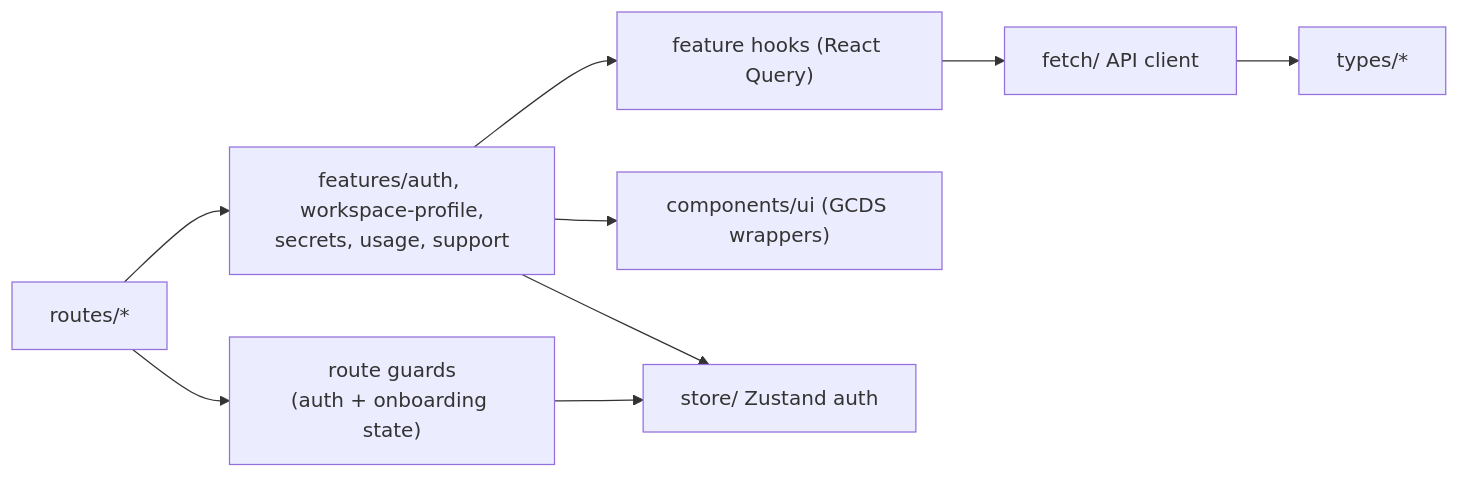
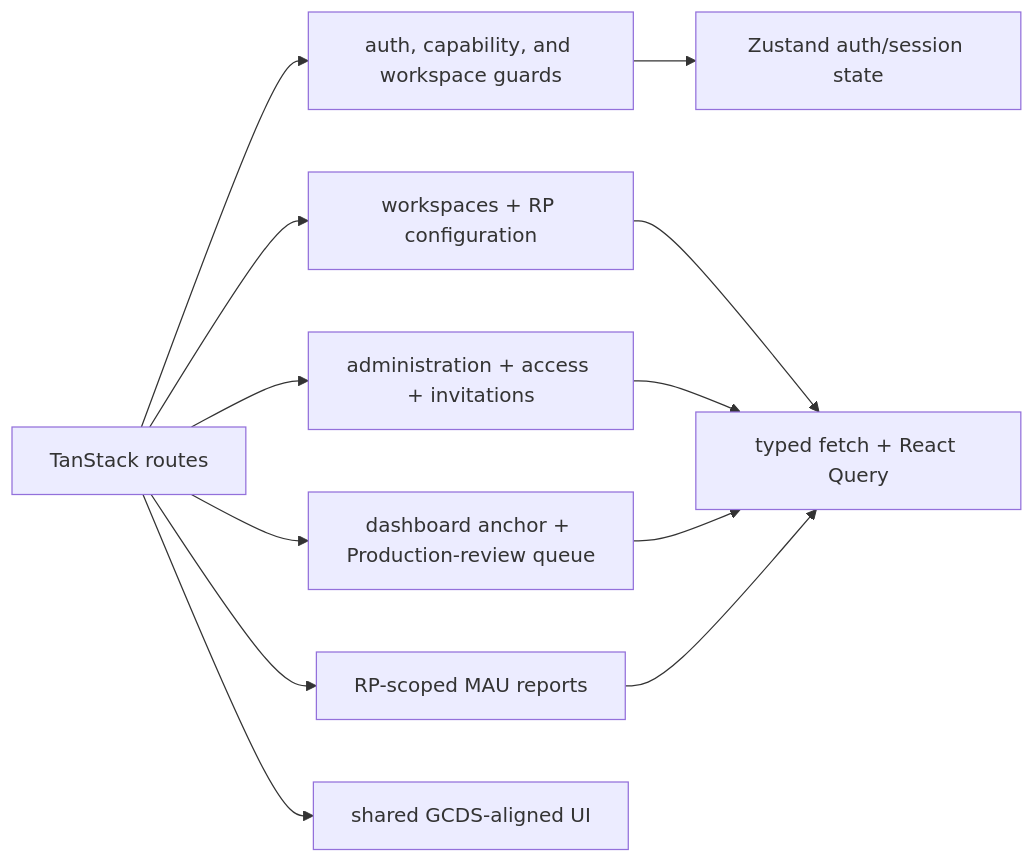
Before and after one commit to cds-snc/canadalogin-partner-portal: the second of 2 diagrams in docs/plans/partner-portal-mvp-dependencies.md, drawn with Mermaid. The commit also changed other lines of this file and 1343 other files, not shown here.

First line of the commit message:
feat(portal): deliver MVP2 onboarding, RP configuration, and invitation workflows (#160)

````diff
--- a/docs/plans/partner-portal-mvp-dependencies.md
+++ b/docs/plans/partner-portal-mvp-dependencies.md
@@ -88,11 +102,14 @@
 ```mermaid
 flowchart LR
-    routes["routes/*"] --> features
-    features["features/auth, workspace-profile,<br/>secrets, usage, support"] --> hooks
-    hooks["feature hooks (React Query)"] --> fetch["fetch/ API client"]
-    features --> components["components/ui (GCDS wrappers)"]
-    features --> store["store/ Zustand auth"]
-    routes --> guards["route guards<br/>(auth + onboarding state)"]
-    guards --> store
-    fetch --> types["types/*"]
+    routes["TanStack routes"] --> guards["auth, capability, and workspace guards"]
+    routes --> workspaces["workspaces + RP configuration"]
+    routes --> access["administration + access + invitations"]
+    routes --> review["dashboard anchor + Production-review queue"]
+    routes --> reports["RP-scoped MAU reports"]
+    workspaces --> fetch["typed fetch + React Query"]
+    access --> fetch
+    review --> fetch
+    reports --> fetch
+    routes --> components["shared GCDS-aligned UI"]
+    guards --> store["Zustand auth/session state"]
 ```
````
